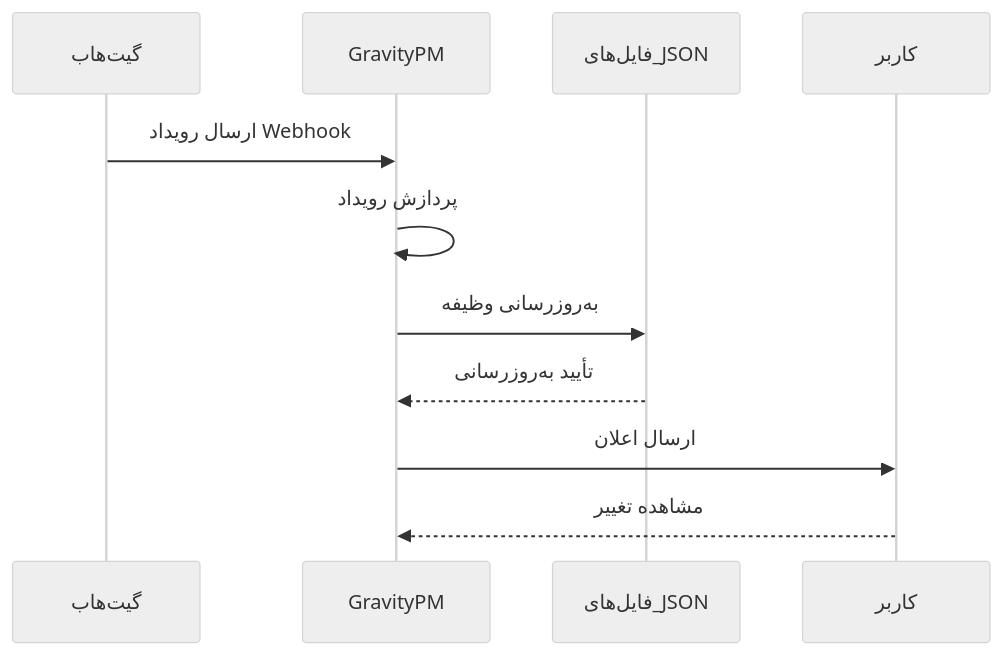
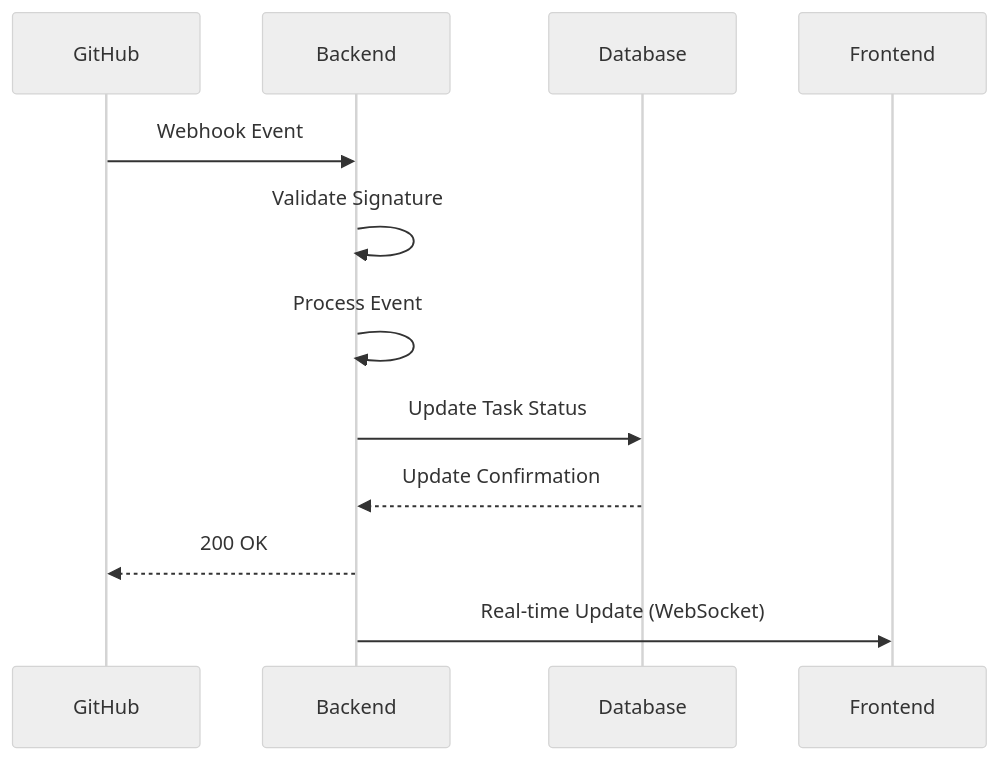
One commit to Shakour-Data/GravityManagement changed the sixth of 8 diagrams in Docs/Architecture_doc.md. Above: the diagram before and after it, drawn with Mermaid (neutral theme). The commit also changed other lines of this file, not shown here.

First line of the commit message:
docs: Update architecture documentation to reflect new tech stack

````diff
--- a/Docs/Architecture_doc.md
+++ b/Docs/Architecture_doc.md
@@ -813,14 +224,15 @@
 ```mermaid
 sequenceDiagram
-    participant گیت‌هاب
-    participant GravityPM
-    participant فایل‌های_JSON
-    participant کاربر
+    participant GitHub
+    participant Backend
+    participant Database
+    participant Frontend
 
-    گیت‌هاب->>GravityPM: ارسال رویداد Webhook
-    GravityPM->>GravityPM: پردازش رویداد
-    GravityPM->>فایل‌های_JSON: به‌روزرسانی وظیفه
-    فایل‌های_JSON-->>GravityPM: تأیید به‌روزرسانی
-    GravityPM->>کاربر: ارسال اعلان
-    کاربر-->>GravityPM: مشاهده تغییر
+    GitHub->>Backend: Webhook Event
+    Backend->>Backend: Validate Signature
+    Backend->>Backend: Process Event
+    Backend->>Database: Update Task Status
+    Database-->>Backend: Update Confirmation
+    Backend-->>GitHub: 200 OK
+    Backend->>Frontend: Real-time Update (WebSocket)
 ```
````
